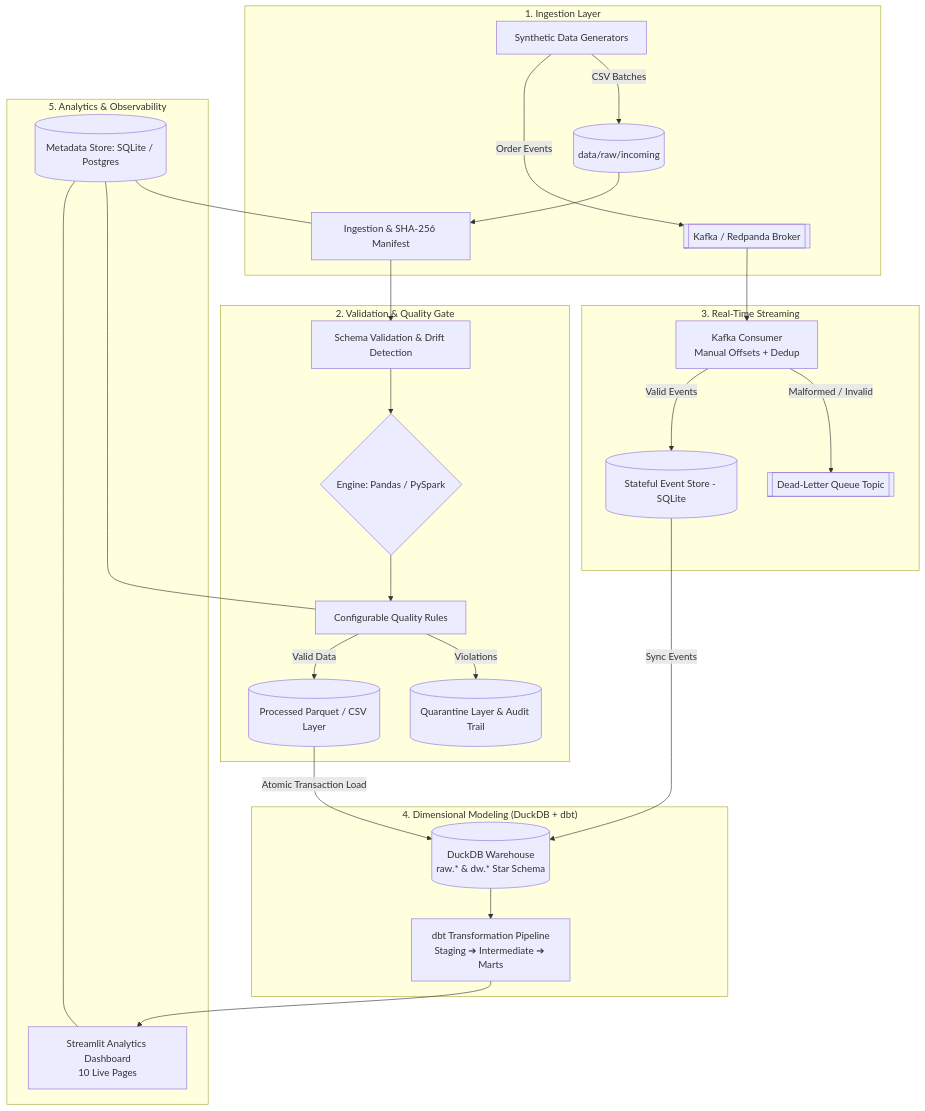
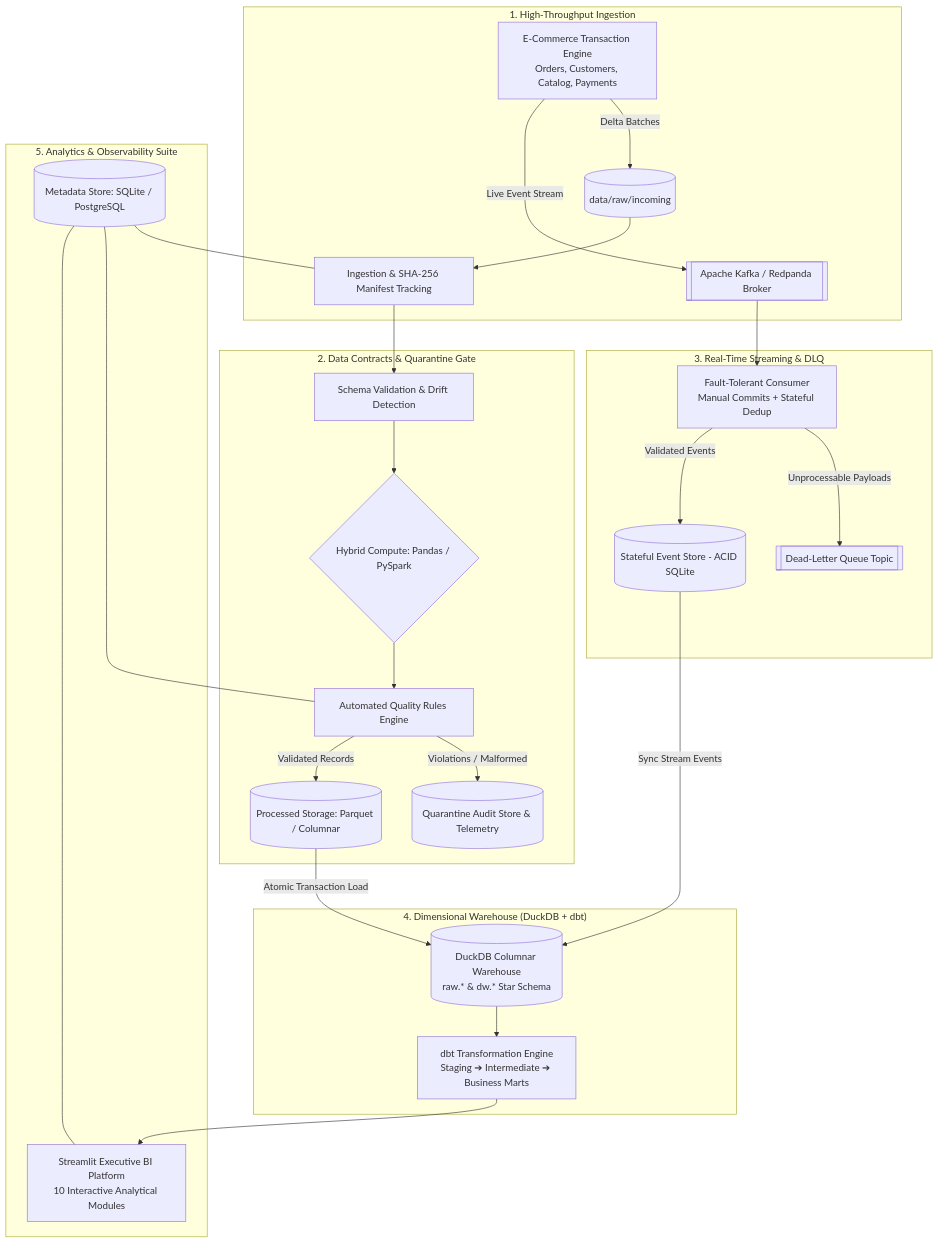
One commit to Ayyappanmj/streamcommerce changed the diagram in README.md. Above: the diagram before and after it, drawn with Mermaid. The commit also changed other lines of this file, not shown here.

Commit message:
docs: elevate README tone to enterprise production data platform

````diff
--- a/README.md
+++ b/README.md
@@ -20,35 +21,35 @@
 ```mermaid
 flowchart TD
-    subgraph Ingestion["1. Ingestion Layer"]
-        G[Synthetic Data Generators] -->|CSV Batches| RAW[(data/raw/incoming)]
-        G -->|Order Events| K[[Kafka / Redpanda Broker]]
-        RAW --> MAN[Ingestion & SHA-256 Manifest]
+    subgraph Ingestion["1. High-Throughput Ingestion"]
+        UPSTREAM[E-Commerce Transaction Engine<br/>Orders, Customers, Catalog, Payments] -->|Delta Batches| RAW[(data/raw/incoming)]
+        UPSTREAM -->|Live Event Stream| K[[Apache Kafka / Redpanda Broker]]
+        RAW --> MAN[Ingestion & SHA-256 Manifest Tracking]
     end
 
-    subgraph Quality["2. Validation & Quality Gate"]
+    subgraph Quality["2. Data Contracts & Quarantine Gate"]
         MAN --> SCH[Schema Validation & Drift Detection]
-        SCH --> ENG{Engine: Pandas / PySpark}
-        ENG --> DQ[Configurable Quality Rules]
-        DQ -->|Violations| Q[(Quarantine Layer & Audit Trail)]
-        DQ -->|Valid Data| PROC[(Processed Parquet / CSV Layer)]
+        SCH --> ENG{Hybrid Compute: Pandas / PySpark}
+        ENG --> DQ[Automated Quality Rules Engine]
+        DQ -->|Violations / Malformed| Q[(Quarantine Audit Store & Telemetry)]
+        DQ -->|Validated Records| PROC[(Processed Storage: Parquet / Columnar)]
     end
 
-    subgraph Streaming["3. Real-Time Streaming"]
-        K --> CONS[Kafka Consumer<br/>Manual Offsets + Dedup]
-        CONS -->|Malformed / Invalid| DLQ[[Dead-Letter Queue Topic]]
-        CONS -->|Valid Events| EVT[(Stateful Event Store - SQLite)]
+    subgraph Streaming["3. Real-Time Streaming & DLQ"]
+        K --> CONS[Fault-Tolerant Consumer<br/>Manual Commits + Stateful Dedup]
+        CONS -->|Unprocessable Payloads| DLQ[[Dead-Letter Queue Topic]]
+        CONS -->|Validated Events| EVT[(Stateful Event Store - ACID SQLite)]
     end
 
-    subgraph Warehouse["4. Dimensional Modeling (DuckDB + dbt)"]
-        PROC -->|Atomic Transaction Load| WH[(DuckDB Warehouse<br/>raw.* & dw.* Star Schema)]
-        EVT -->|Sync Events| WH
-        WH --> DBT[dbt Transformation Pipeline<br/>Staging ➔ Intermediate ➔ Marts]
+    subgraph Warehouse["4. Dimensional Warehouse (DuckDB + dbt)"]
+        PROC -->|Atomic Transaction Load| WH[(DuckDB Columnar Warehouse<br/>raw.* & dw.* Star Schema)]
+        EVT -->|Sync Stream Events| WH
+        WH --> DBT[dbt Transformation Engine<br/>Staging ➔ Intermediate ➔ Business Marts]
     end
 
-    subgraph Analytics["5. Analytics & Observability"]
-        DBT --> UI[Streamlit Analytics Dashboard<br/>10 Live Pages]
-        META[(Metadata Store: SQLite / Postgres)] --- MAN
+    subgraph Analytics["5. Analytics & Observability Suite"]
+        DBT --> UI[Streamlit Executive BI Platform<br/>10 Interactive Analytical Modules]
+        META[(Metadata Store: SQLite / PostgreSQL)] --- MAN
         META --- DQ
         META --- UI
     end
 ```
````
